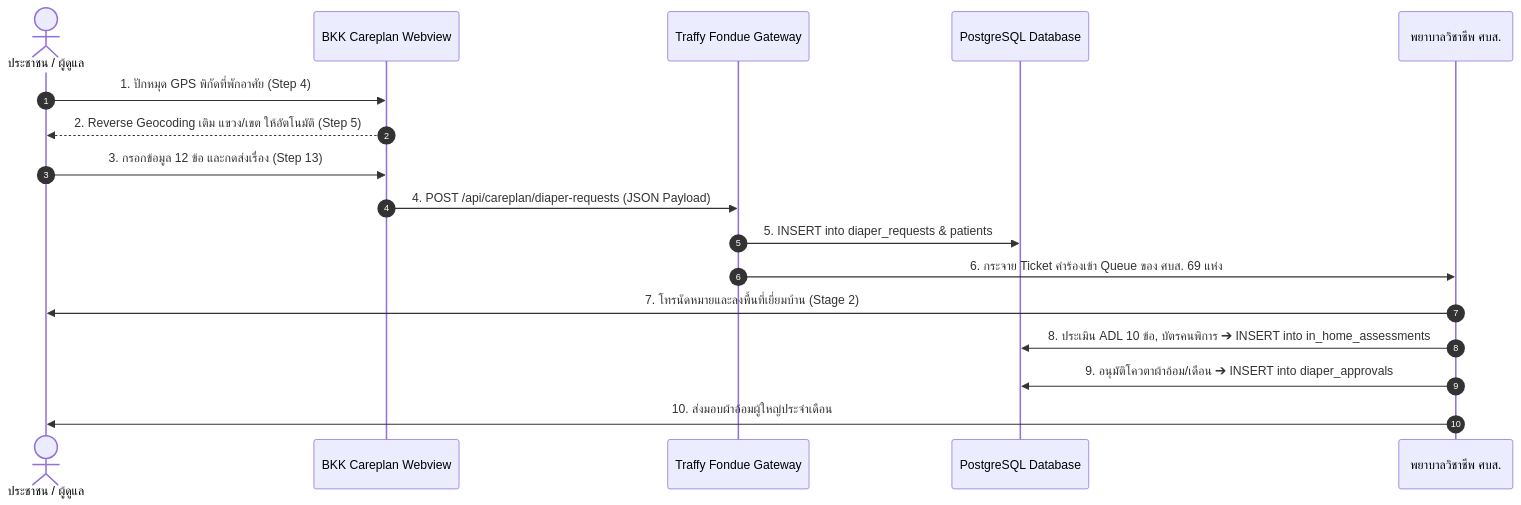
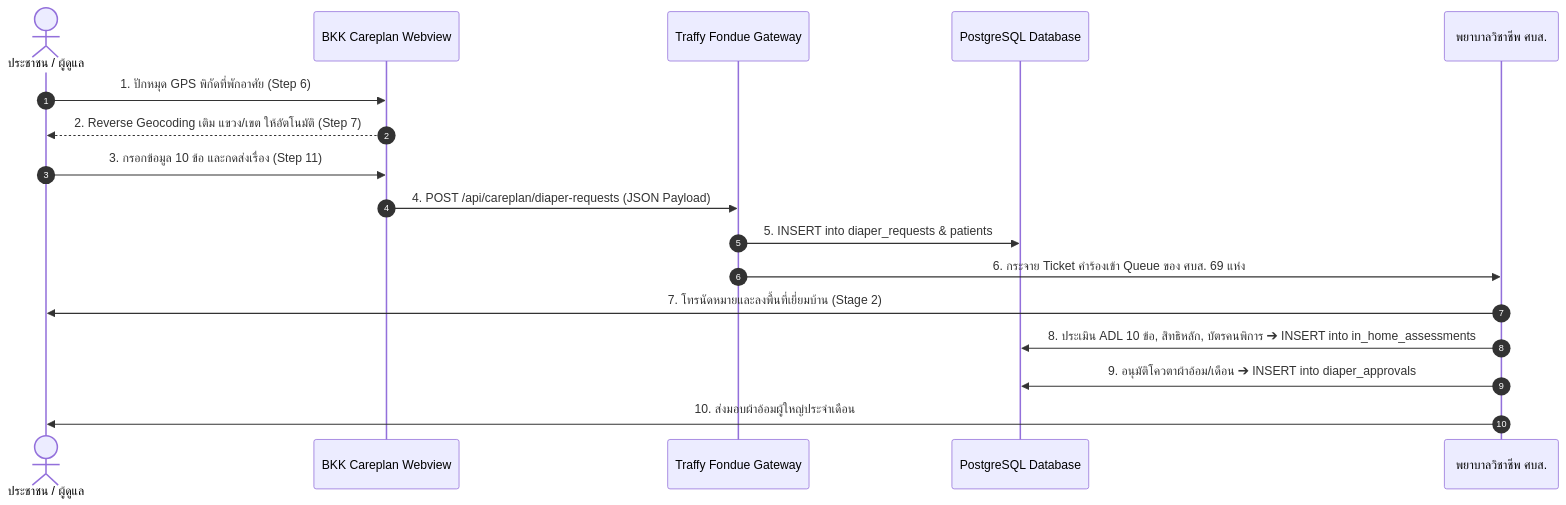
One commit to traffy-nectec/bkk-careplan changed the first of 2 diagrams in okf/module_bkk_careplan.md. Above: the diagram before and after it, drawn with Mermaid. The commit also changed other lines of this file and 28 other files, not shown here.

````diff
--- a/okf/module_bkk_careplan.md
+++ b/okf/module_bkk_careplan.md
@@ -13,20 +13,20 @@
 ```mermaid
 sequenceDiagram
     autonumber
     actor User as ประชาชน / ผู้ดูแล
     participant Webview as BKK Careplan Webview
     participant API as Traffy Fondue Gateway
     participant DB as PostgreSQL Database
     participant Nurse as พยาบาลวิชาชีพ ศบส.
 
-    User->>Webview: 1. ปักหมุด GPS พิกัดที่พักอาศัย (Step 4)
-    Webview-->>User: 2. Reverse Geocoding เติม แขวง/เขต ให้อัตโนมัติ (Step 5)
-    User->>Webview: 3. กรอกข้อมูล 12 ข้อ และกดส่งเรื่อง (Step 13)
+    User->>Webview: 1. ปักหมุด GPS พิกัดที่พักอาศัย (Step 6)
+    Webview-->>User: 2. Reverse Geocoding เติม แขวง/เขต ให้อัตโนมัติ (Step 7)
+    User->>Webview: 3. กรอกข้อมูล 10 ข้อ และกดส่งเรื่อง (Step 11)
     Webview->>API: 4. POST /api/careplan/diaper-requests (JSON Payload)
     API->>DB: 5. INSERT into diaper_requests & patients
     API->>Nurse: 6. กระจาย Ticket คำร้องเข้า Queue ของ ศบส. 69 แห่ง
     Nurse->>User: 7. โทรนัดหมายและลงพื้นที่เยี่ยมบ้าน (Stage 2)
-    Nurse->>DB: 8. ประเมิน ADL 10 ข้อ, บัตรคนพิการ ➔ INSERT into in_home_assessments
+    Nurse->>DB: 8. ประเมิน ADL 10 ข้อ, สิทธิหลัก, บัตรคนพิการ ➔ INSERT into in_home_assessments
     Nurse->>DB: 9. อนุมัติโควตาผ้าอ้อม/เดือน ➔ INSERT into diaper_approvals
     Nurse->>User: 10. ส่งมอบผ้าอ้อมผู้ใหญ่ประจำเดือน
 ```
````
